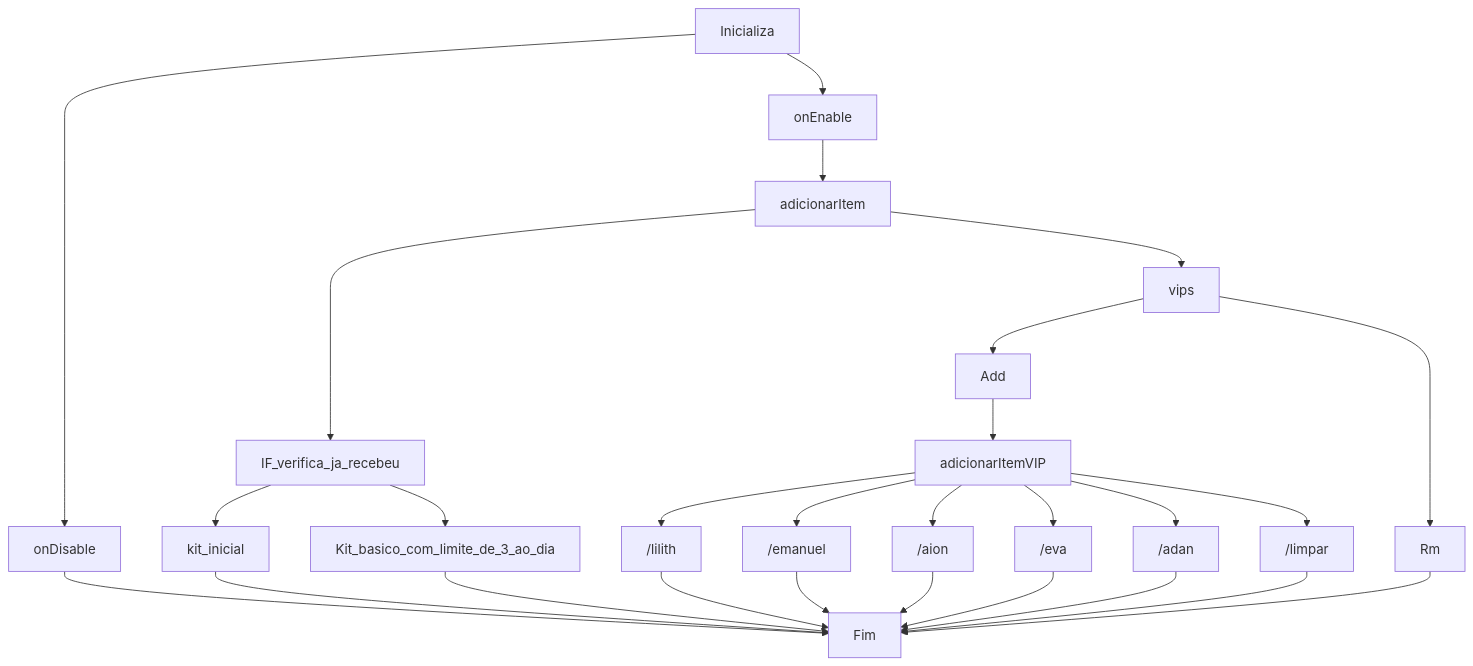
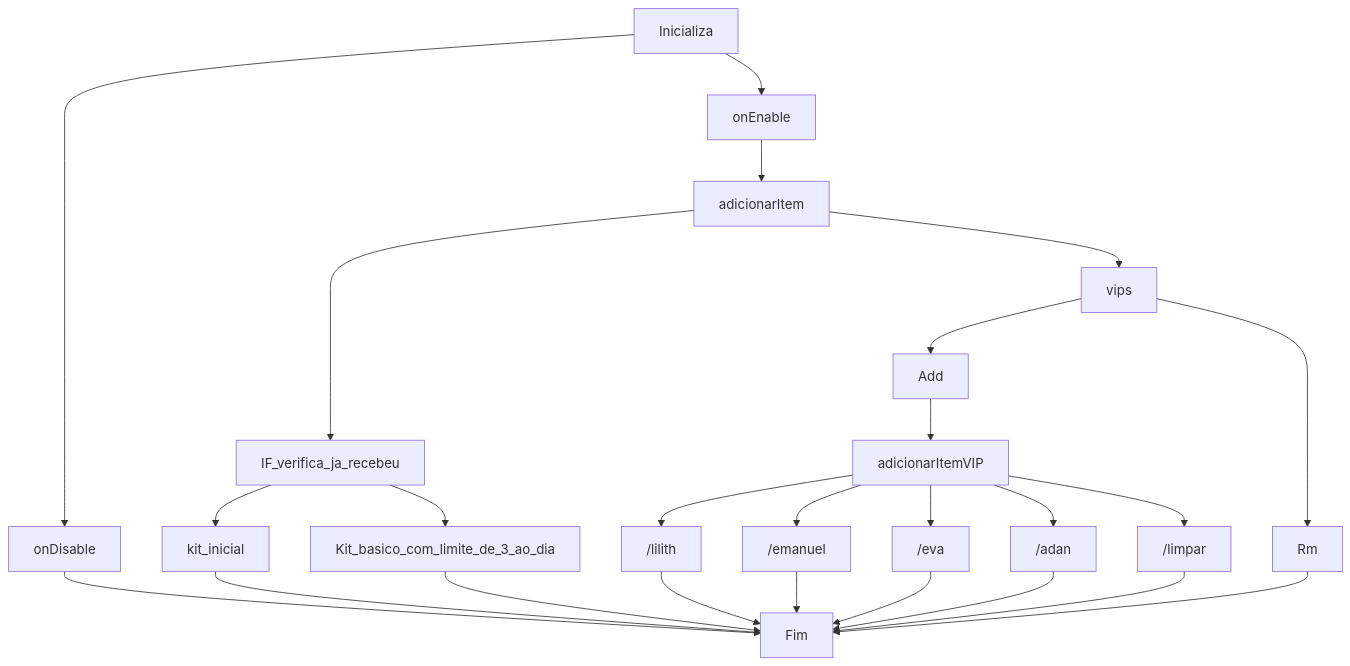
Before and after one commit to astral123457/bk: the diagram in README.md, drawn with Mermaid. The commit also changed other lines of this file and 4 other files, not shown here.

````diff
--- a/README.md
+++ b/README.md
@@ -71,29 +70,27 @@
 ```mermaid
 graph TD;
     Inicializa-->onEnable;
     Inicializa-->onDisable;
     onEnable-->adicionarItem;
     onDisable-->Fim;
     adicionarItem-->vips;
     adicionarItem-->IF_verifica_ja_recebeu;
     vips-->Add;
     vips-->Rm;
     IF_verifica_ja_recebeu-->kit_inicial;
     IF_verifica_ja_recebeu-->Kit_basico_com_limite_de_3_ao_dia;
     kit_inicial-->Fim;
     Kit_basico_com_limite_de_3_ao_dia-->Fim;
     Add-->adicionarItemVIP;
     adicionarItemVIP-->/lilith;
     /lilith-->Fim;
     adicionarItemVIP-->/emanuel;
     /emanuel-->Fim;
-    adicionarItemVIP-->/aion;
-    /aion-->Fim;
     adicionarItemVIP-->/eva;
     /eva-->Fim;
     adicionarItemVIP-->/adan;
     /adan-->Fim;
     adicionarItemVIP-->/limpar;
     /limpar-->Fim;
     Rm-->Fim;
 ```
````
